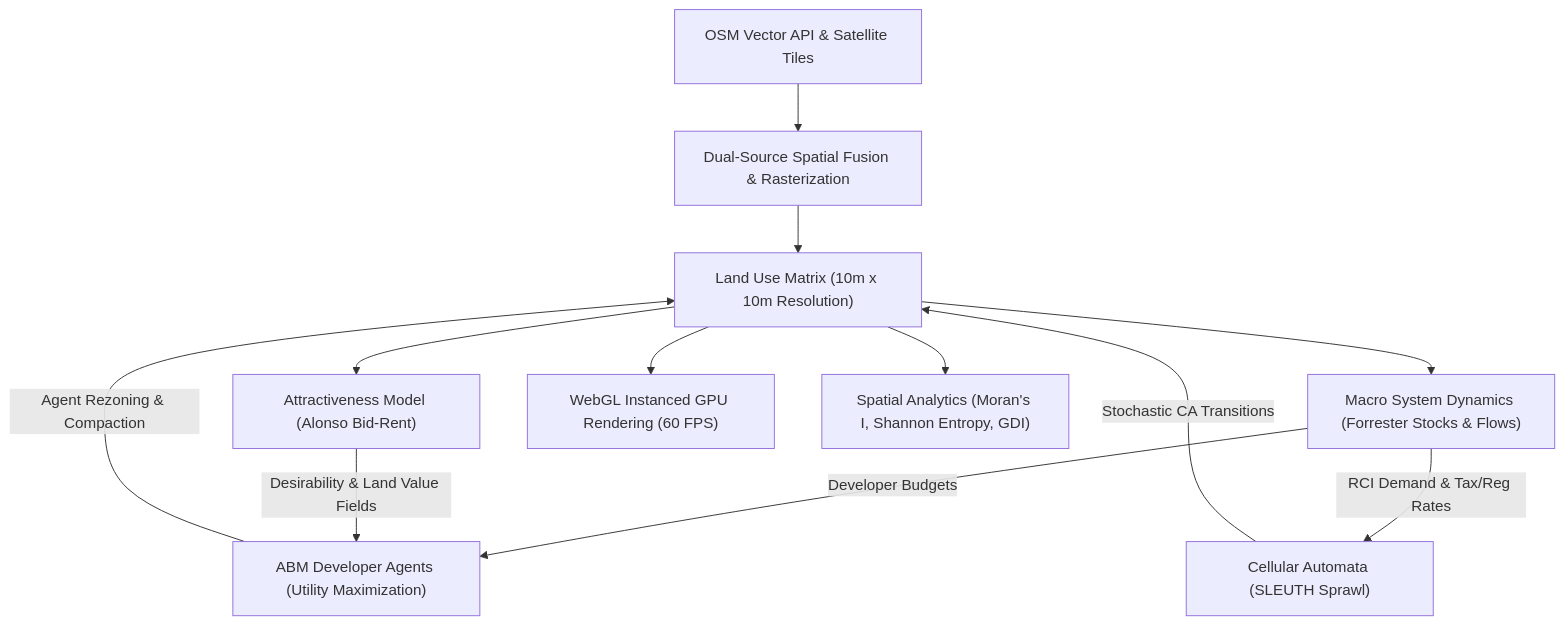
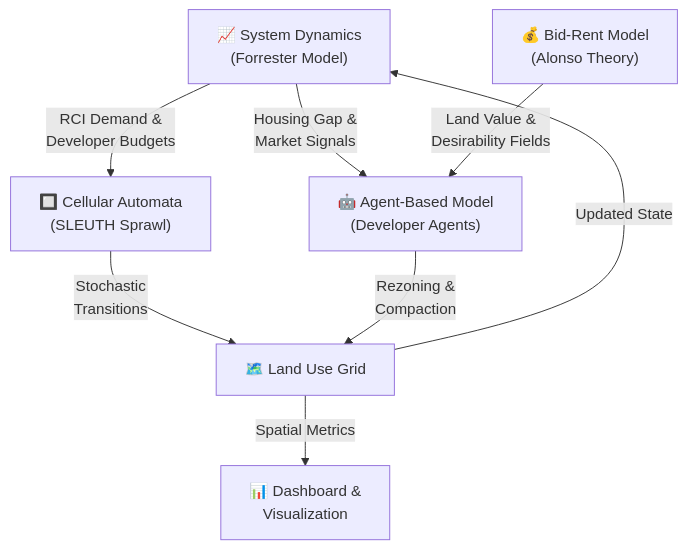
The second of 5 diagrams in README.md (3esign/RealCity3000), drawn with Mermaid before and after one commit. The commit also changed other lines of this file and 8 other files, not shown here.

First line of the commit message:
fix: Overpass API retry with exponential backoff + enhanced README with Mermaid diagrams

````diff
--- a/README.md
+++ b/README.md
@@ -58,14 +65,10 @@
 ```mermaid
-graph TD
-    A["OSM Vector API & Satellite Tiles"] --> B["Dual-Source Spatial Fusion & Rasterization"]
-    B --> C["Land Use Matrix (10m x 10m Resolution)"]
-    C --> D["Attractiveness Model (Alonso Bid-Rent)"]
-    C --> E["Macro System Dynamics (Forrester Stocks & Flows)"]
-    E -->|RCI Demand & Tax/Reg Rates| F["Cellular Automata (SLEUTH Sprawl)"]
-    E -->|Developer Budgets| G["ABM Developer Agents (Utility Maximization)"]
-    D -->|Desirability & Land Value Fields| G
-    F -->|Stochastic CA Transitions| C
-    G -->|Agent Rezoning & Compaction| C
-    C --> H["WebGL Instanced GPU Rendering (60 FPS)"]
-    C --> I["Spatial Analytics (Moran's I, Shannon Entropy, GDI)"]
+flowchart TD
+    SD["📈 System Dynamics<br/>(Forrester Model)"] -->|"RCI Demand &<br/>Developer Budgets"| CA["🔲 Cellular Automata<br/>(SLEUTH Sprawl)"]
+    SD -->|"Housing Gap &<br/>Market Signals"| ABM["🤖 Agent-Based Model<br/>(Developer Agents)"]
+    BR["💰 Bid-Rent Model<br/>(Alonso Theory)"] -->|"Land Value &<br/>Desirability Fields"| ABM
+    CA -->|"Stochastic<br/>Transitions"| GRID["🗺️ Land Use Grid"]
+    ABM -->|"Rezoning &<br/>Compaction"| GRID
+    GRID -->|"Updated State"| SD
+    GRID -->|"Spatial Metrics"| VIZ["📊 Dashboard &<br/>Visualization"]
 ```
````
